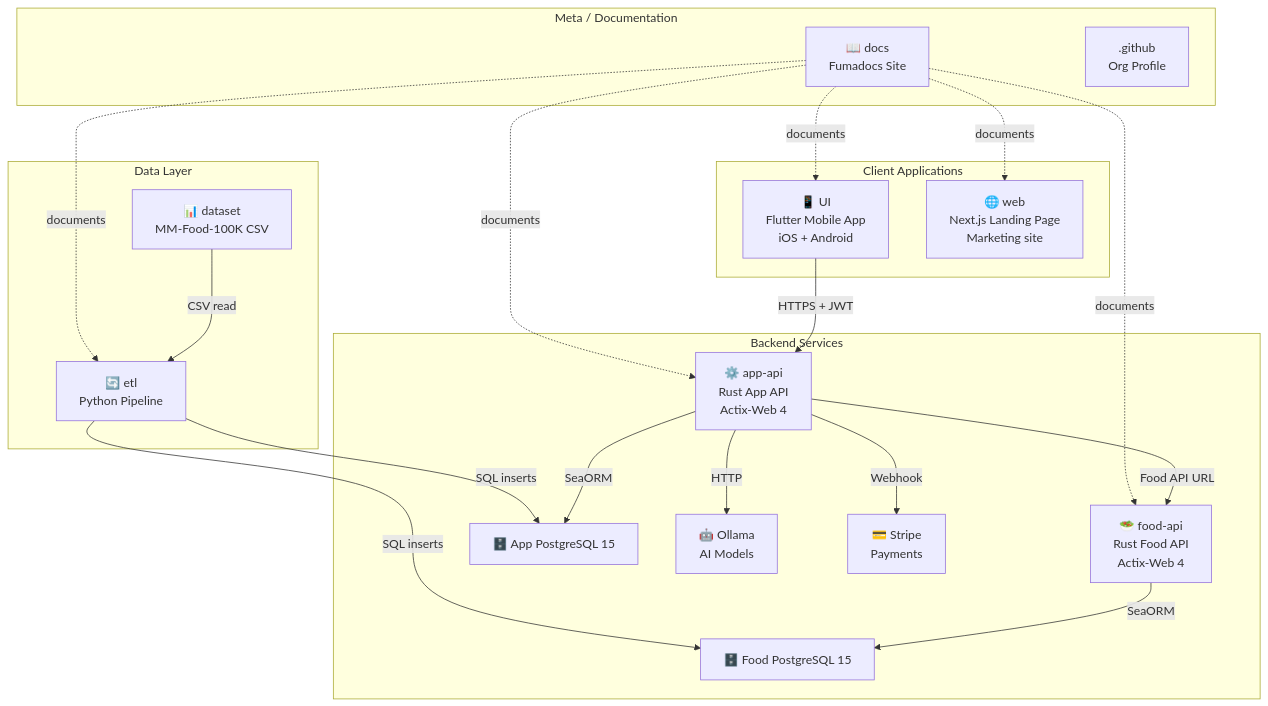
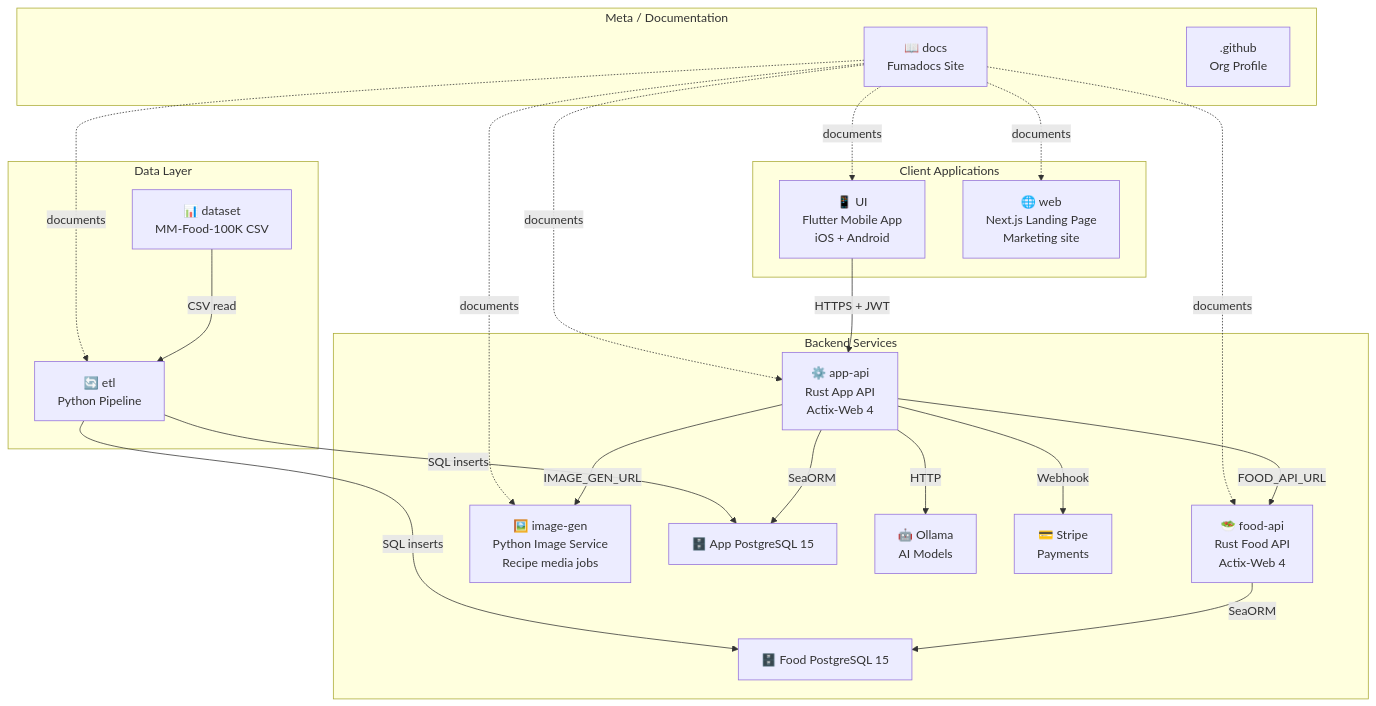
The first of 3 diagrams in content/docs/architecture/repositories.mdx (Cookest/docs), drawn with Mermaid before and after one commit. The commit also changed other lines of this file, not shown here.

Commit message:
docs(architecture): update api/ to multi-crate workspace, add image-gen and cookest-ad

````diff
--- a/content/docs/architecture/repositories.mdx
+++ b/content/docs/architecture/repositories.mdx
@@ -12,37 +12,55 @@
 ```mermaid
 graph TD
     subgraph Clients["Client Applications"]
-        UI["📱 UI\nFlutter Mobile App\niOS + Android"]
-        Web["🌐 web\nNext.js Landing Page\nMarketing site"]
+        UI["📱 UI
+Flutter Mobile App
+iOS + Android"]
+        Web["🌐 web
+Next.js Landing Page
+Marketing site"]
     end
 
     subgraph Backend["Backend Services"]
-        FoodAPI["🥗 food-api\nRust Food API\nActix-Web 4"]
-        AppAPI["⚙️ app-api\nRust App API\nActix-Web 4"]
+        FoodAPI["🥗 food-api
+Rust Food API
+Actix-Web 4"]
+        AppAPI["⚙️ app-api
+Rust App API
+Actix-Web 4"]
+        ImageGen["🖼️ image-gen
+Python Image Service
+Recipe media jobs"]
         FoodDB["🗄️ Food PostgreSQL 15"]
         AppDB["🗄️ App PostgreSQL 15"]
-        Ollama["🤖 Ollama\nAI Models"]
-        Stripe["💳 Stripe\nPayments"]
+        Ollama["🤖 Ollama
+AI Models"]
+        Stripe["💳 Stripe
+Payments"]
     end
 
     subgraph Data["Data Layer"]
-        ETL["🔄 etl\nPython Pipeline"]
-        Dataset["📊 dataset\nMM-Food-100K CSV"]
+        ETL["🔄 etl
+Python Pipeline"]
+        Dataset["📊 dataset
+MM-Food-100K CSV"]
     end
 
     subgraph Meta["Meta / Documentation"]
-        Docs["📖 docs\nFumadocs Site"]
-        GH[".github\nOrg Profile"]
+        Docs["📖 docs
+Fumadocs Site"]
+        GH[".github
+Org Profile"]
     end
 
     UI -->|"HTTPS + JWT"| AppAPI
-    AppAPI -->|"Food API URL"| FoodAPI
+    AppAPI -->|"FOOD_API_URL"| FoodAPI
+    AppAPI -->|"IMAGE_GEN_URL"| ImageGen
     FoodAPI -->|"SeaORM"| FoodDB
     AppAPI -->|"SeaORM"| AppDB
     AppAPI -->|"HTTP"| Ollama
     AppAPI -->|"Webhook"| Stripe
     ETL -->|"SQL inserts"| FoodDB
     ETL -->|"SQL inserts"| AppDB
     Dataset -->|"CSV read"| ETL
-    Docs -.->|"documents"| FoodAPI & AppAPI & UI & Web & ETL
+    Docs -.->|"documents"| FoodAPI & AppAPI & ImageGen & UI & Web & ETL
 ```
````
